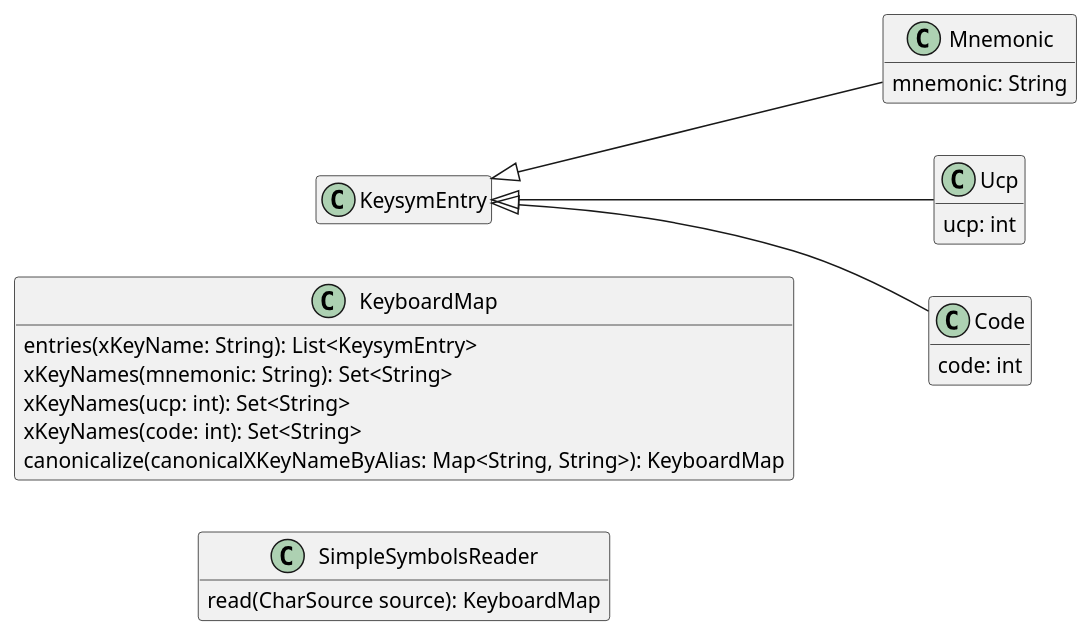
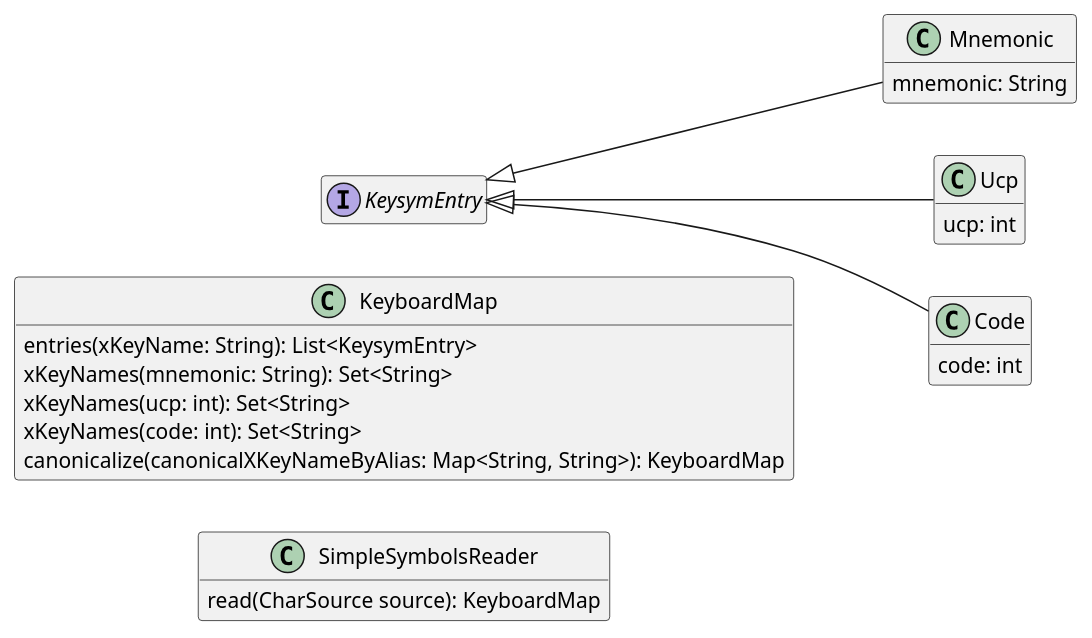
The diagram in Mapping.wsd (oliviercailloux/Keyboardd), drawn with PlantUML before and after one commit. The commit also changed 2 other files, not shown here.

```diff
--- a/Mapping.wsd
+++ b/Mapping.wsd
@@ -1,35 +1,35 @@
 @startuml Mapping
 hide empty members
 left to right direction
 
-class "KeysymEntry" {}
+interface "KeysymEntry" {}
 class "Mnemonic" {
   mnemonic: String
 }
 class "Ucp" {
   ucp: int
 }
 class "Code" {
   code: int
 }
 
 "KeysymEntry" <|-- "Mnemonic"
 "KeysymEntry" <|-- "Ucp"
 "KeysymEntry" <|-- "Code"
 
 class "KeyboardMap" {
   entries(xKeyName: String): List<KeysymEntry>
   xKeyNames(mnemonic: String): Set<String>
   xKeyNames(ucp: int): Set<String>
   xKeyNames(code: int): Set<String>
   canonicalize(canonicalXKeyNameByAlias: Map<String, String>): KeyboardMap
 }
 
 class "SimpleSymbolsReader" {
   read(CharSource source): KeyboardMap
 }
 
 KeysymEntry -[hidden]> KeyboardMap
 KeyboardMap -[hidden]> SimpleSymbolsReader
 
 @enduml
```
